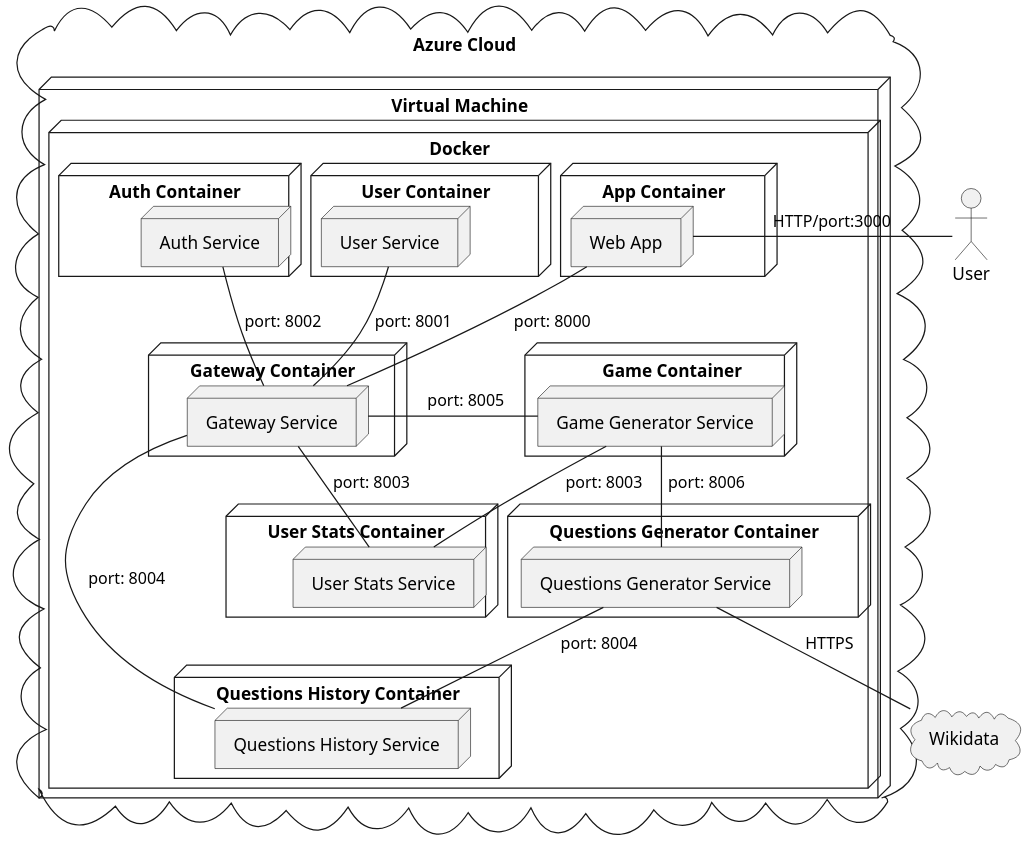
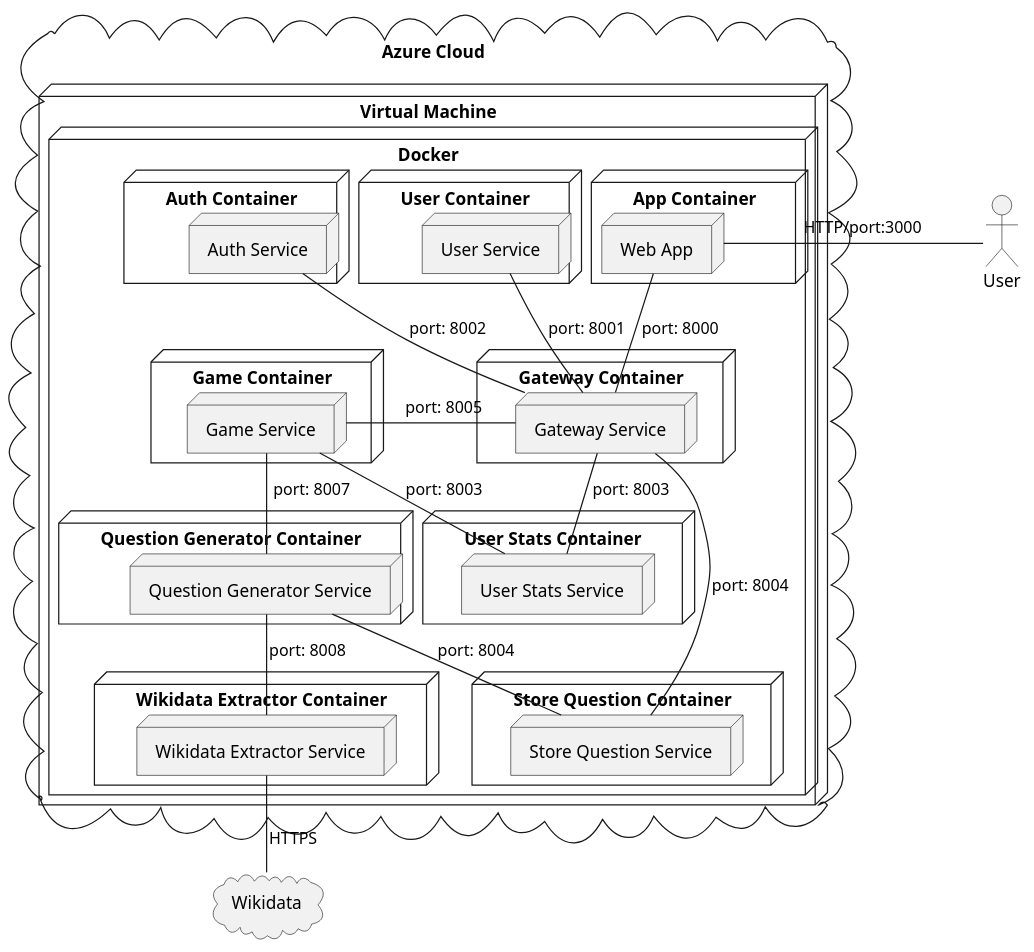
One commit to Arquisoft/wiq_es6c changed the diagram in docs/src/07_deployment_view.adoc. Above: the diagram before and after it, drawn with PlantUML. The commit also changed 1 other file, not shown here.

Commit message:
Corregidos nombres y puertos en los diagramas de construcción y despliegue

```diff
--- a/docs/src/07_deployment_view.adoc
+++ b/docs/src/07_deployment_view.adoc
@@ -9,55 +9,60 @@
 [plantuml,"Deployment View",png]
 ----
 !pragma layout smetana
 
 cloud "Azure Cloud\n" {
     node "Virtual Machine" {
         node "Docker" {
             node "App Container"{
                 node "Web App"
             }
             node "Gateway Container"{
                 node "Gateway Service"
             }
-            node "  User Container  "{
+            node "User Container"{
                 node "User Service"
             }
-            node "  Auth Container  "{
+            node "Auth Container"{
                 node "Auth Service"
             }
-            node "\tGame Container\t"{
-                node "Game Generator Service"
+            node "Game Container"{
+                node "Game Service"
             }
-            node "Questions History Container"{
-                node "Questions History Service"
+            node "Store Question Container"{
+                node "Store Question Service"
             }
             node "User Stats Container\t"{
                 node "User Stats Service"
             }
-            node "Questions Generator Container"{
-                node "Questions Generator Service"
+            node "Question Generator Container"{
+                node "Question Generator Service"
+            }
+            node "Wikidata Extractor Container"{
+                node "Wikidata Extractor Service"
             }
         }
     }
 }
 
 cloud "Wikidata"
 actor "User"
 
 
 "User" -left- "Web App" : "\t\tHTTP/port:3000\t\t"
 
 "Web App" -- "Gateway Service" : "port: 8000"
 
-"Gateway Service" -- "Questions History Service" : "port: 8004             "
+"Gateway Service" -- "Store Question Service" : "port: 8004"
 "Gateway Service" -- "User Stats Service" : "port: 8003"
 "Gateway Service" -up- "Auth Service" : "port: 8002         "
 "Gateway Service" -up- "User Service" : "port: 8001"
-"Gateway Service" -right- "Game Generator Service"  : "           port: 8005     "
+"Gateway Service" -right- "Game Service"  : "           port: 8005     "
 
-"Game Generator Service" -- "User Stats Service" : "port: 8003"
-"Game Generator Service" -- "Questions Generator Service" : " port: 8006"
+"Game Service" -- "User Stats Service" : "port: 8003"
+"Game Service" -- "Question Generator Service" : " port: 8007"
 
-"Questions Generator Service" -- "Questions History Service" : "port: 8004"
-"Questions Generator Service" -- "Wikidata" : "HTTPS"
+"Question Generator Service" -- "Store Question Service" : "port: 8004"
+"Question Generator Service" -- "Wikidata Extractor Service" : "port: 8008"
+
+"Wikidata Extractor Service" -- "Wikidata" : "HTTPS"
 ----
```
